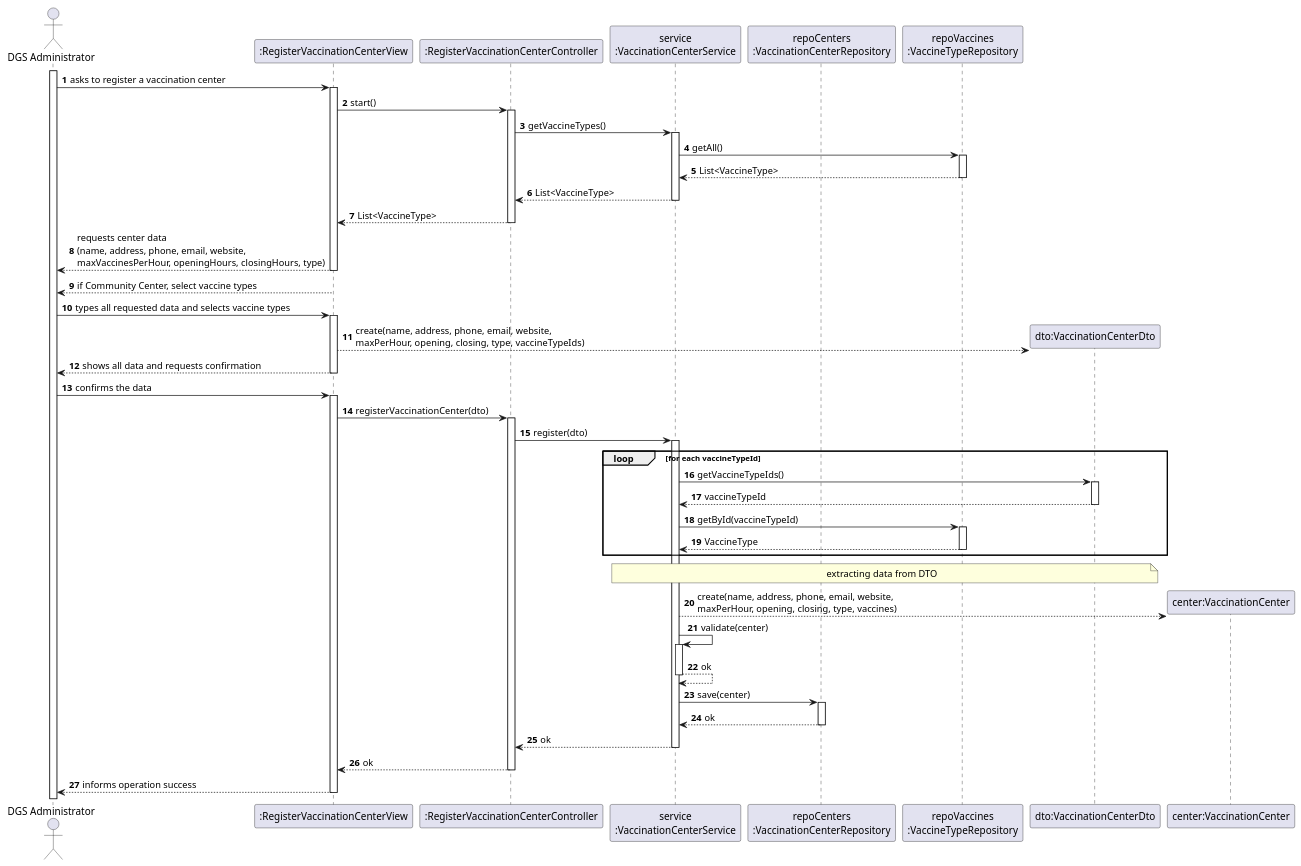
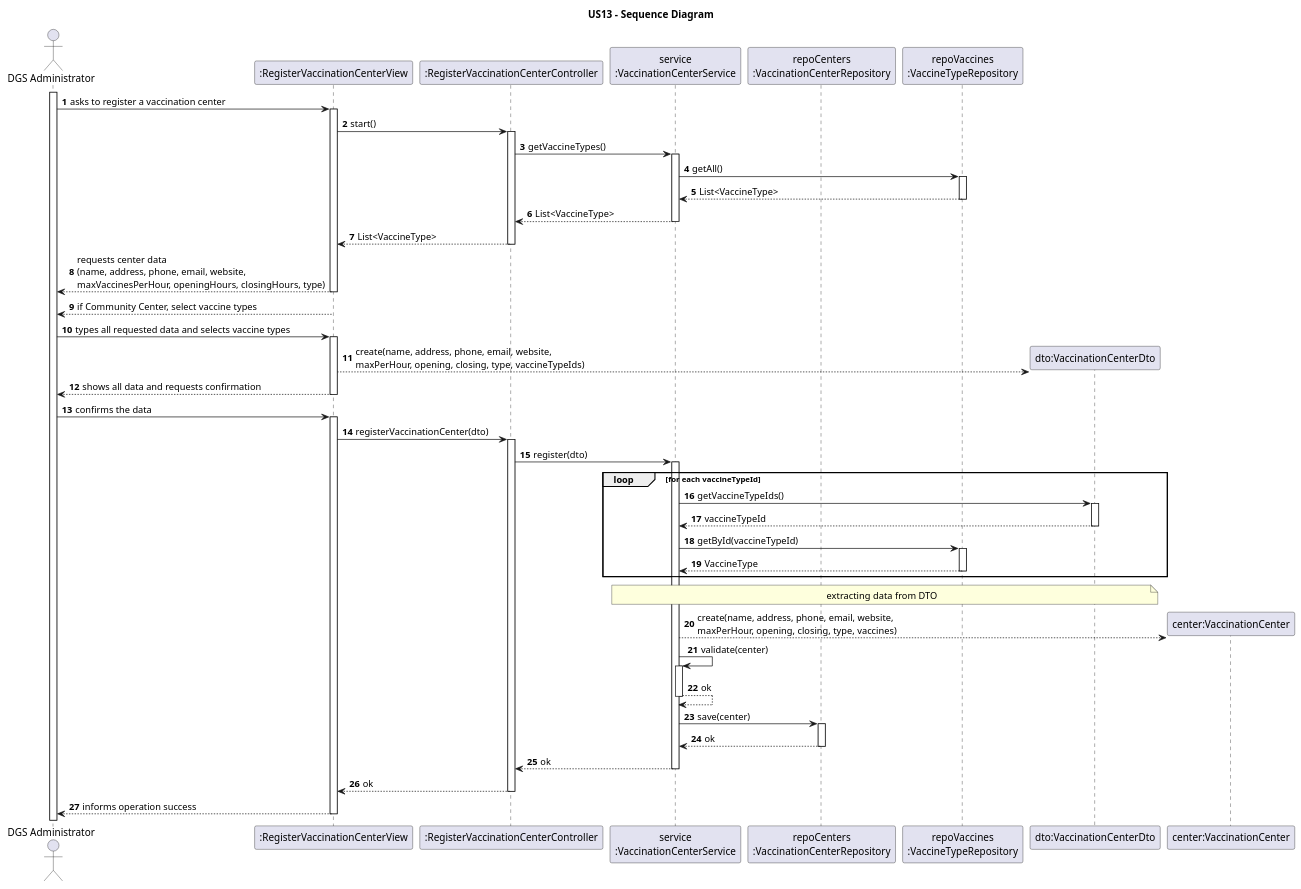
The diagram in docs/system-documentation/US13/puml/US13-SD.puml (luluisfcm/leti-esoft-25-26-B5), drawn with PlantUML before and after one commit. The commit also changed 7 other files, not shown here.

```diff
--- a/docs/system-documentation/US13/puml/US13-SD.puml
+++ b/docs/system-documentation/US13/puml/US13-SD.puml
@@ -1,59 +1,60 @@
 @startuml
 'https://plantuml.com/sequence-diagram
+title US13 - Sequence Diagram
 autoactivate on
 autonumber
 
 actor "DGS Administrator" as Admin
 participant ":RegisterVaccinationCenterView" as System
 participant ":RegisterVaccinationCenterController" as Ctrl
 participant "service\n:VaccinationCenterService" as Service
 participant "repoCenters\n:VaccinationCenterRepository" as RepoCenter
 participant "repoVaccines\n:VaccineTypeRepository" as RepoVaccine
 participant "dto:VaccinationCenterDto" as CenterDto
 participant "center:VaccinationCenter" as Center
 
 activate Admin
 
 Admin -> System: asks to register a vaccination center
 System -> Ctrl: start()
 
 Ctrl -> Service: getVaccineTypes()
 Service -> RepoVaccine: getAll()
 RepoVaccine --> Service: List<VaccineType>
 Service --> Ctrl: List<VaccineType>
 Ctrl --> System: List<VaccineType>
 
 System --> Admin: requests center data\n(name, address, phone, email, website,\nmaxVaccinesPerHour, openingHours, closingHours, type)
 System --> Admin: if Community Center, select vaccine types
 
 Admin -> System: types all requested data and selects vaccine types
 
 System --> CenterDto**: create(name, address, phone, email, website,\nmaxPerHour, opening, closing, type, vaccineTypeIds)
 System --> Admin: shows all data and requests confirmation
 Admin -> System: confirms the data
 
 System -> Ctrl: registerVaccinationCenter(dto)
 Ctrl -> Service: register(dto)
 
 loop for each vaccineTypeId
 Service -> CenterDto: getVaccineTypeIds()
 CenterDto --> Service: vaccineTypeId
 Service -> RepoVaccine: getById(vaccineTypeId)
 RepoVaccine --> Service: VaccineType
 end
 
 note over Service, CenterDto: extracting data from DTO
 
 Service --> Center**: create(name, address, phone, email, website,\nmaxPerHour, opening, closing, type, vaccines)
 
 Service -> Service: validate(center)
 Service --> Service: ok
 
 Service -> RepoCenter: save(center)
 RepoCenter --> Service: ok
 
 Service --> Ctrl: ok
 Ctrl --> System: ok
 System --> Admin: informs operation success
 
 @enduml
```
